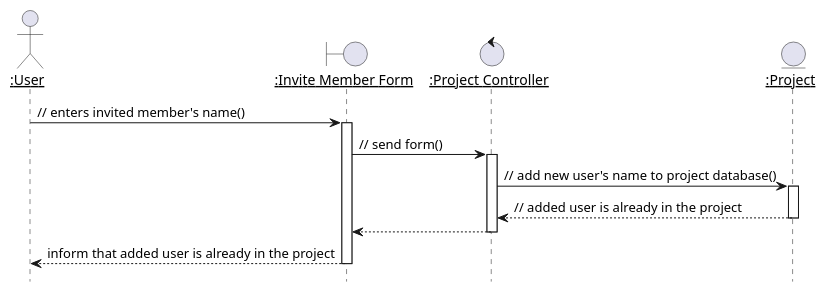
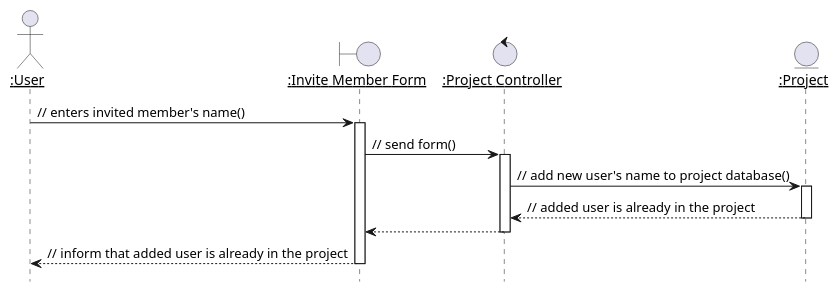
One commit to Huy-Ngo/acanban changed the diagram in docs/source/meth/uc-anal-design/uml/p-member-add-exist-name.puml. Above: the diagram before and after it, drawn with PlantUML. The commit also changed 7 other files, not shown here.

```diff
--- a/docs/source/meth/uc-anal-design/uml/p-member-add-exist-name.puml
+++ b/docs/source/meth/uc-anal-design/uml/p-member-add-exist-name.puml
@@ -1,16 +1,16 @@
 @startuml
 hide footbox
 autoactivate on
 skinparam sequenceParticipant underline
 actor ":User" as usr
 boundary ":Invite Member Form" as form
 control ":Project Controller" as ctl
 entity ":Project" as db_prj
 
 usr -> form : // enters invited member's name()
 form -> ctl : // send form()
 ctl -> db_prj : // add new user's name to project database()
 ctl <-- db_prj : // added user is already in the project
 form <-- ctl
-usr <-- form : inform that added user is already in the project
+usr <-- form : // inform that added user is already in the project
 @enduml
```
